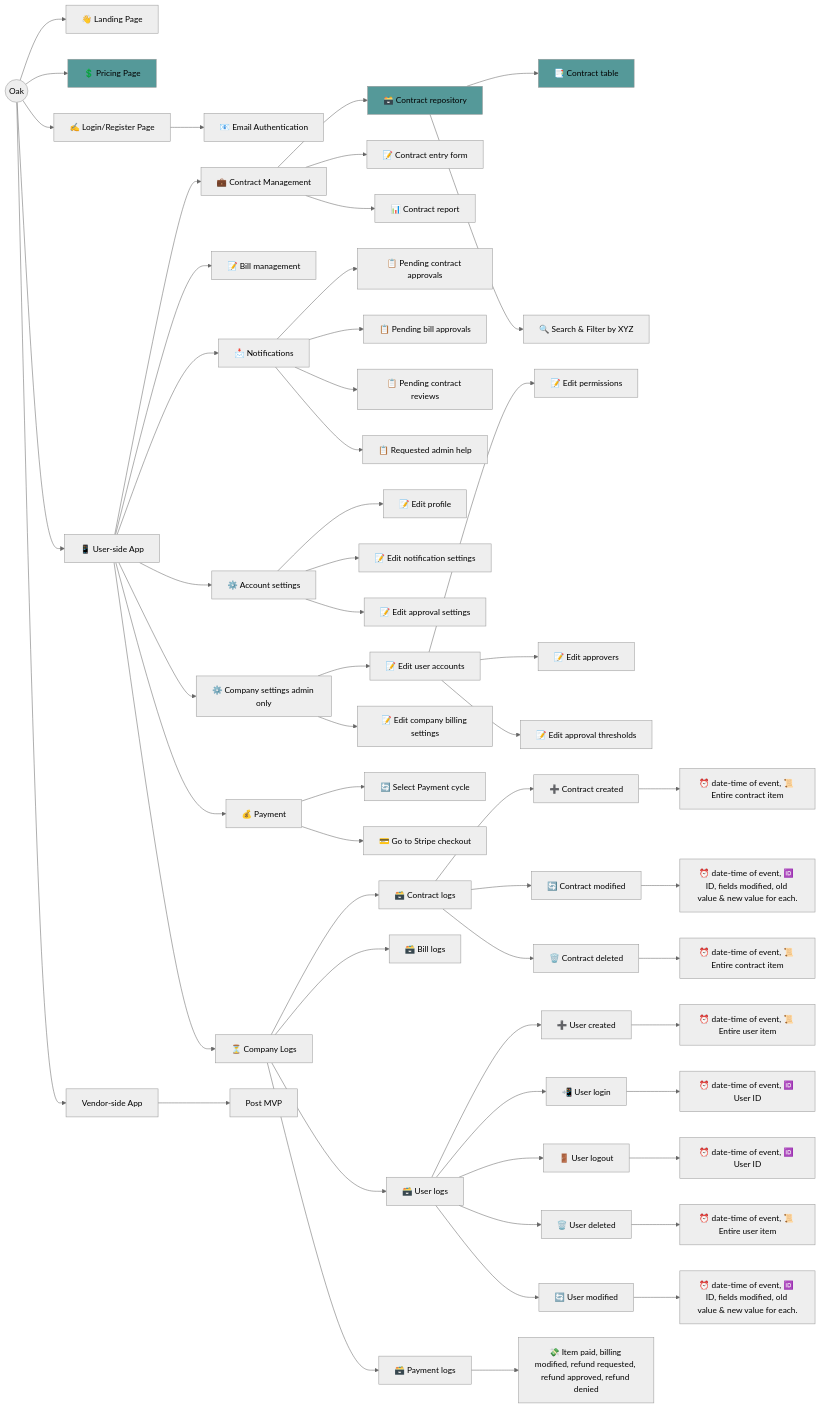
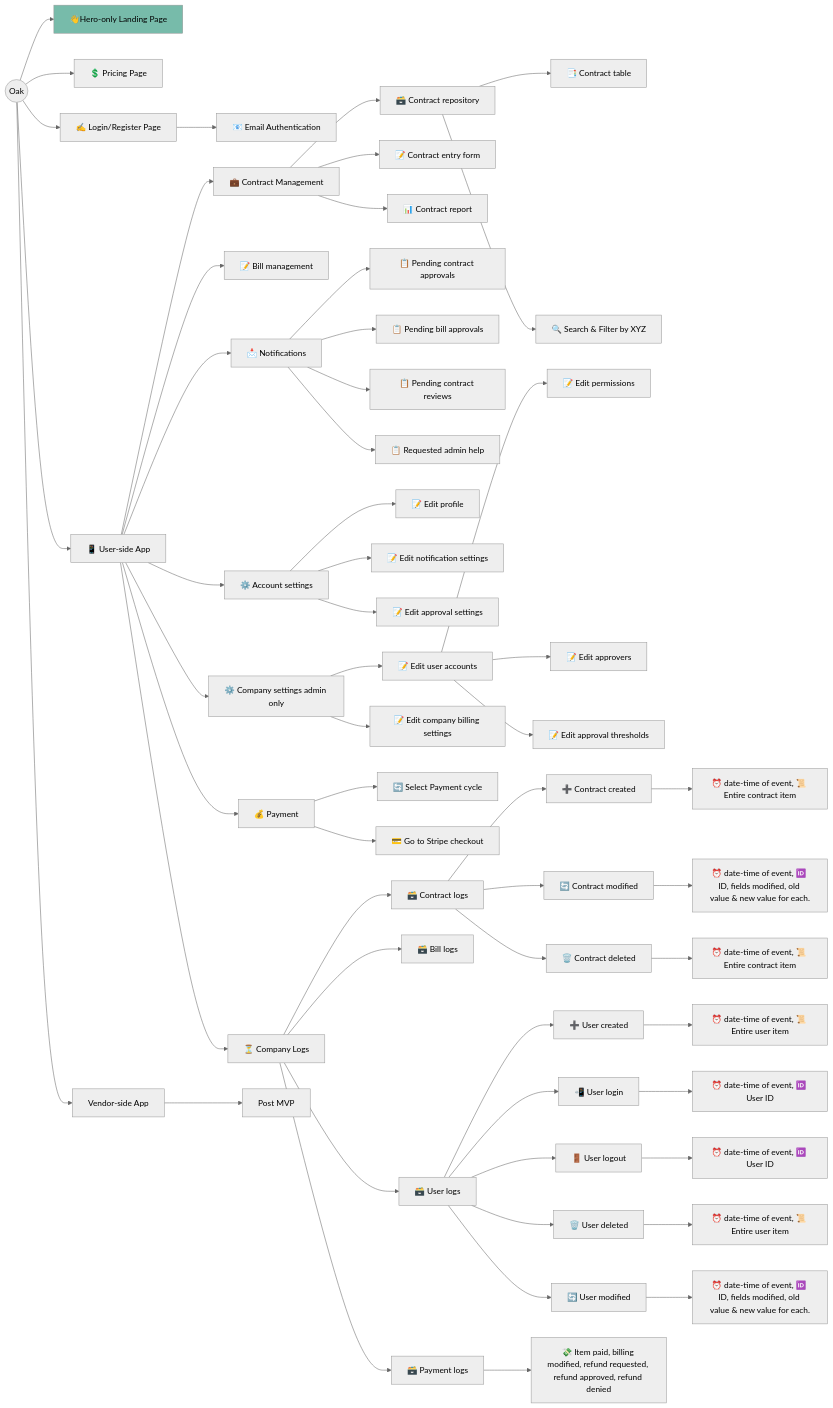
The diagram in apps/oak/static/planning/main.mmd (startino/futino), drawn with Mermaid (neutral theme) before and after one commit. The commit also changed 1 other file, not shown here.

```diff
--- a/apps/oak/static/planning/main.mmd
+++ b/apps/oak/static/planning/main.mmd
@@ -1,59 +1,60 @@
 graph LR
     A((Oak))
-    A --> B["👋 Landing Page"]
-    A --> C["💲 Pricing Page"]:::taskForNazif
+    A --> B["👋Hero-only Landing Page"]:::og
+    A --> C["💲 Pricing Page"]
     A --> D["✍️ Login/Register Page"]
     D --> E["📧 Email Authentication"]
     A --> F["📱 User-side App"]
     F --> G["💼 Contract Management"]
-    G --> H["🗃️ Contract repository"]:::taskForNazif
-    H --> I["📑 Contract table"]:::taskForNazif
+    G --> H["🗃️ Contract repository"]
+    H --> I["📑 Contract table"]
     H --> J["🔍 Search & Filter by XYZ"]
     G --> K["📝 Contract entry form"]
     G --> L["📊 Contract report"]
     F --> M["📝 Bill management"]
     F --> N["📩 Notifications"]
     N --> O["📋 Pending contract approvals"]
     N --> P["📋 Pending bill approvals"]
     N --> Q["📋 Pending contract reviews"]
     N --> R["📋 Requested admin help"]
     F --> S["⚙️ Account settings"]
     S --> T["📝 Edit profile"]
     S --> U["📝 Edit notification settings"]
     S --> V["📝 Edit approval settings"]
     F --> W["⚙️ Company settings admin only"]
     W --> X["📝 Edit user accounts"]
     X --> Y["📝 Edit permissions"]
     X --> Z["📝 Edit approvers"]
     X --> AA["📝 Edit approval thresholds"]
     W --> AB["📝 Edit company billing settings"]
     F --> AC["💰 Payment"]
     AC --> AD["🔄 Select Payment cycle"]
     AC --> AE["💳 Go to Stripe checkout"]
     F --> AF["⏳ Company Logs"]
     AF --> AG["🗃️ Contract logs"]
     AG --> AH["➕ Contract created"]
     AH --> AI["⏰ date-time of event, 📜 Entire contract item"]
     AG --> AJ["🔄 Contract modified"]
     AJ --> AK["⏰ date-time of event, 🆔 ID, fields modified, old value & new value for each."]
     AG --> AL["🗑️ Contract deleted"]
     AL --> AM["⏰ date-time of event, 📜 Entire contract item"]
     AF --> AN["🗃️ Bill logs"]
     AF --> AO["🗃️ User logs"]
     AO --> AP["➕ User created"]
     AP --> AQ["⏰ date-time of event, 📜 Entire user item"]
     AO --> AR["📲 User login"]
     AR --> AS["⏰ date-time of event, 🆔 User ID"]
     AO --> AT["🚪 User logout"]
     AT --> AU["⏰ date-time of event, 🆔 User ID"]
     AO --> AV["🗑️ User deleted"]
     AV --> AW["⏰ date-time of event, 📜 Entire user item"]
     AO --> AX["🔄 User modified"]
     AX --> AY["⏰ date-time of event, 🆔 ID, fields modified, old value & new value for each."]
     AF --> AZ["🗃️ Payment logs"]
     AZ --> BA["💸 Item paid, billing modified, refund requested, refund approved, refund denied"]
     A --> BB["Vendor-side App"]
     BB --> BC["Post MVP"]
 
 
     classDef taskForNazif fill:#559999
+    classDef og fill:#77bbaa
```
